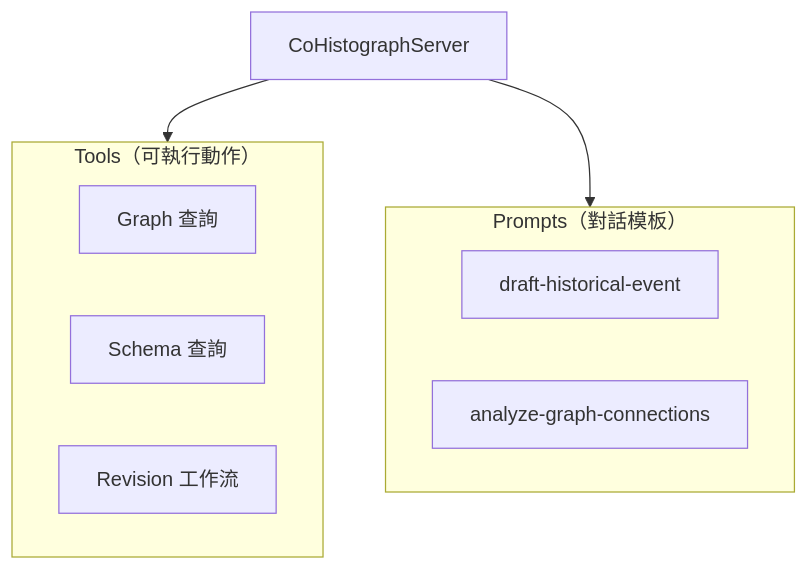
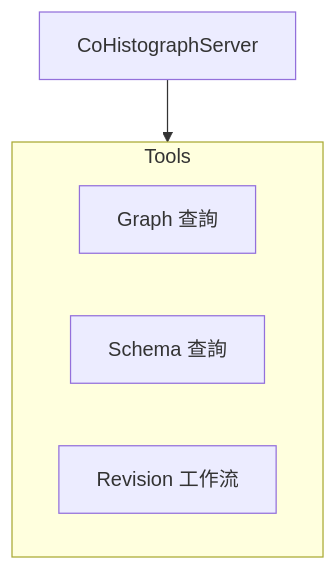
Before and after one commit to danny50610/CoHistograph: the diagram in .spec/mcp.md, drawn with Mermaid. The commit also changed other lines of this file, not shown here.

Commit message:
docs: 移除 MCP 規格中的 Prompts

````diff
--- a/.spec/mcp.md
+++ b/.spec/mcp.md
@@ -110,17 +107,11 @@
 ```mermaid
 flowchart TB
     Server[CoHistographServer]
     Server --> Tools
-    Server --> Prompts
 
-    subgraph Tools["Tools（可執行動作）"]
+    subgraph Tools["Tools"]
         T1[Graph 查詢]
         T2[Schema 查詢]
         T3[Revision 工作流]
     end
-
-    subgraph Prompts["Prompts（對話模板）"]
-        P1[draft-historical-event]
-        P2[analyze-graph-connections]
-    end
 ```
````
